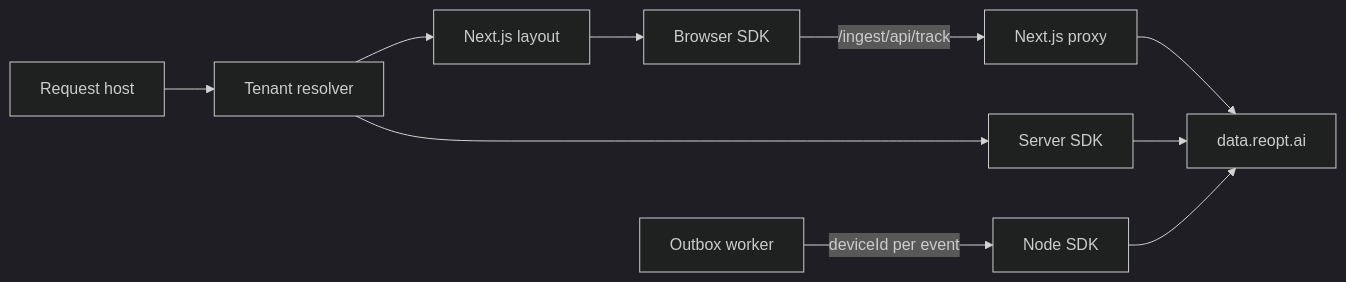
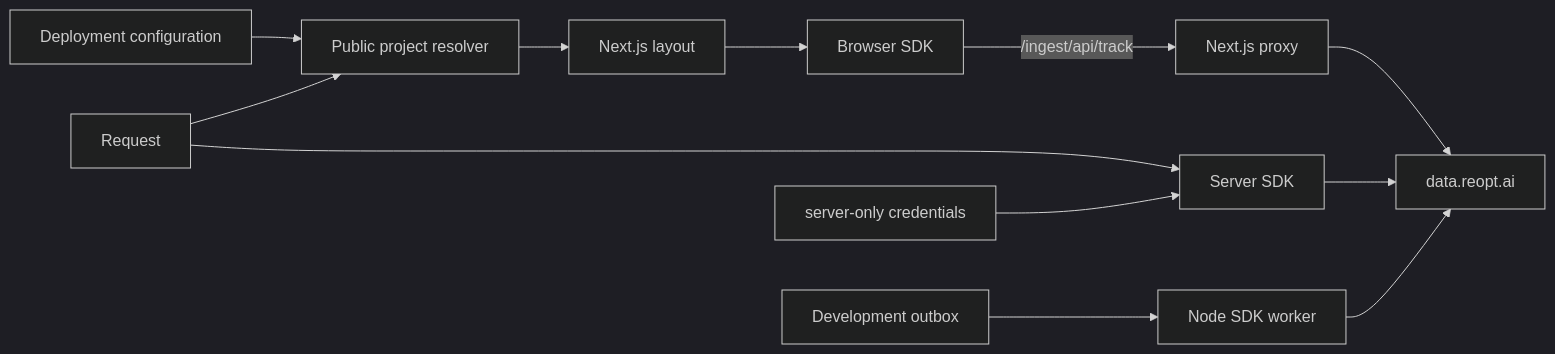
The diagram in README.md (reopt-ai/reopt-data-sdk-example), drawn with Mermaid (dark theme) before and after one commit. The commit also changed other lines of this file and 45 other files, not shown here.

````diff
--- a/README.md
+++ b/README.md
@@ -49,14 +68,14 @@
 ```mermaid
 flowchart LR
-  Host[Request host] --> Tenant[Tenant resolver]
-  Tenant --> Layout[Next.js layout]
+  Env[Deployment configuration] --> Resolver[Public project resolver]
+  Request[Request] --> Resolver
+  Resolver --> Layout[Next.js layout]
   Layout --> Browser[Browser SDK]
   Browser -->|/ingest/api/track| Proxy[Next.js proxy]
   Proxy --> Data[data.reopt.ai]
-
-  Tenant --> Server[Server SDK]
+  Request --> Server[Server SDK]
+  Secrets[server-only credentials] --> Server
   Server --> Data
-
-  Outbox[Outbox worker] -->|deviceId per event| Node[Node SDK]
+  LocalOutbox[Development outbox] --> Node[Node SDK worker]
   Node --> Data
 ```
````
